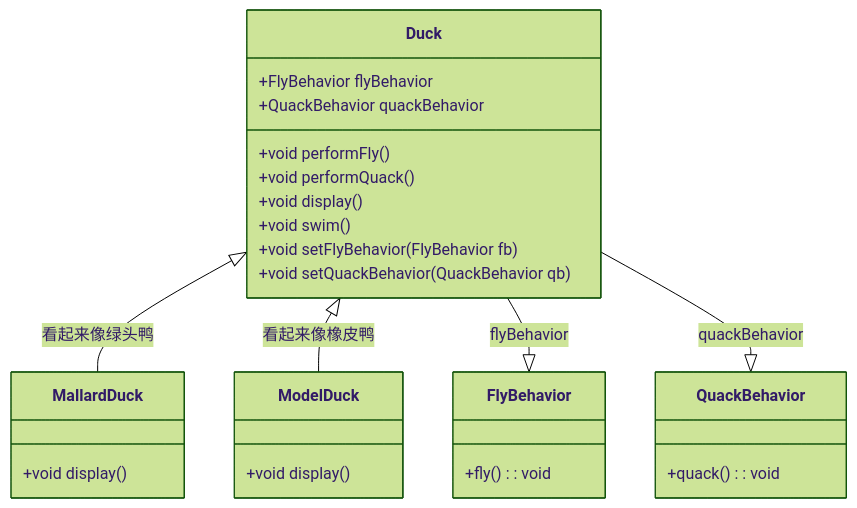
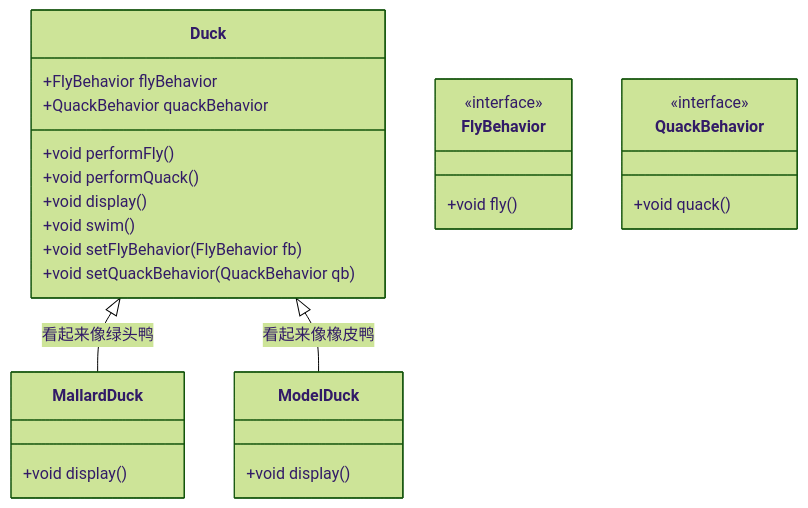
Before and after one commit to poppop9/obsidian: the first of 2 diagrams in 计算机/设计模式/2-3 行为型模式.md, drawn with Mermaid (forest theme). The commit also changed other lines of this file and 7 other files, not shown here.

````diff
--- a/计算机/设计模式/2-3 行为型模式.md
+++ b/计算机/设计模式/2-3 行为型模式.md
@@ -20,33 +20,33 @@
 ```mermaid
 classDiagram
     class Duck {
       +FlyBehavior flyBehavior
       +QuackBehavior quackBehavior
       +void performFly()
       +void performQuack()
       +void display()
       +void swim()
       +void setFlyBehavior(FlyBehavior fb)
       +void setQuackBehavior(QuackBehavior qb)
     }
     
     class MallardDuck {
         +void display()
     }
     class ModelDuck {
         +void display()
     }
-
-    class FlyBehavior {
-        +fly() : void
-    }
-    class QuackBehavior {
-        +quack() : void
-    }
     
     Duck <|-- MallardDuck : 看起来像绿头鸭
     Duck <|-- ModelDuck : 看起来像橡皮鸭
-    
-    Duck --|> FlyBehavior : flyBehavior
-    Duck --|> QuackBehavior : quackBehavior
+
+
+	class FlyBehavior {
+		<<interface>>
+        +void fly()
+    }
+    class QuackBehavior {
+	    <<interface>>
+        +void quack()
+    }
 ```
````
